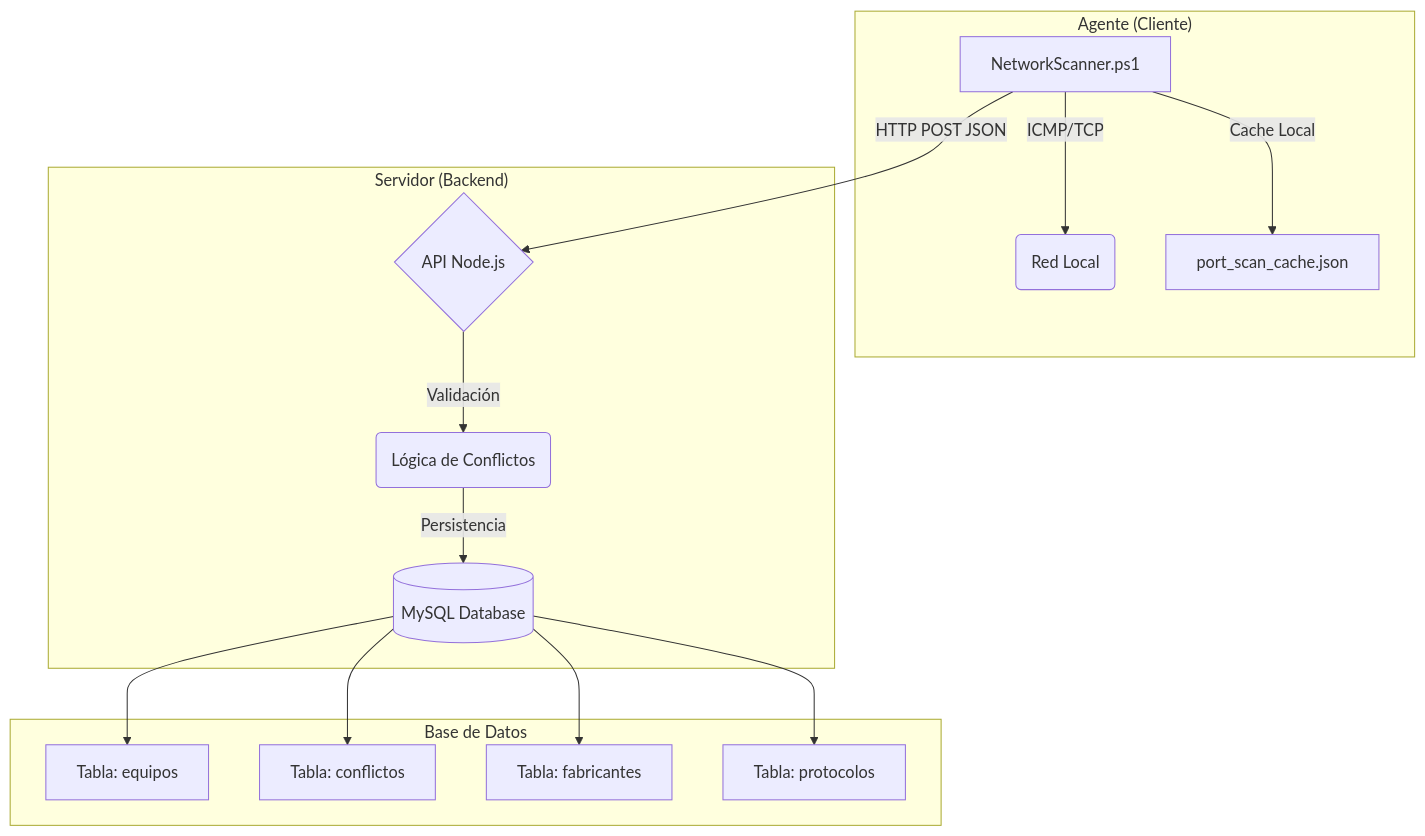
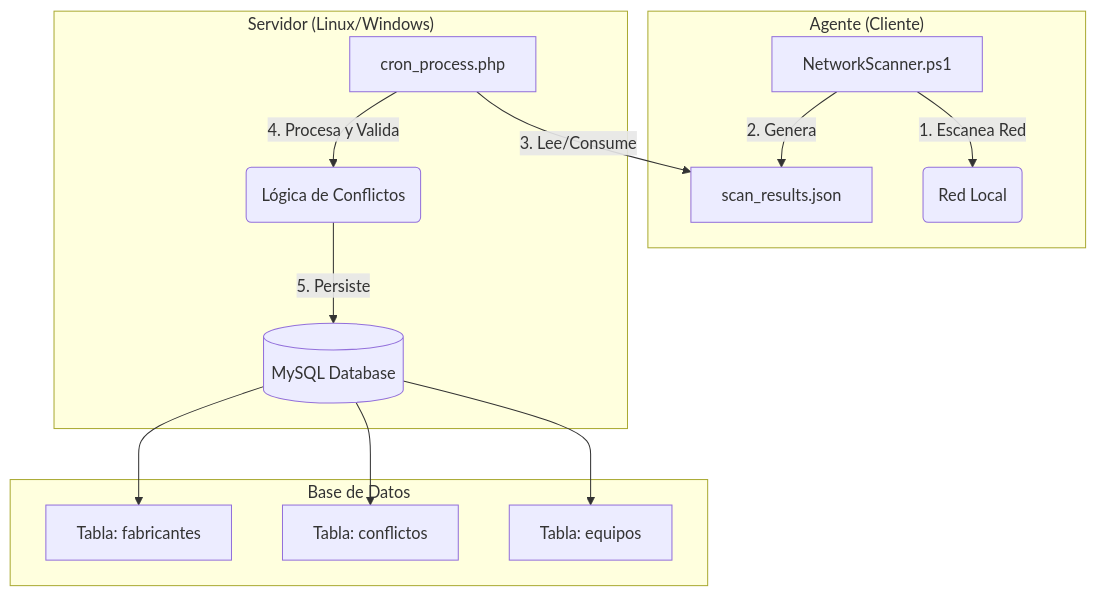
One commit to HectorPOsuna/escaner-red changed the diagram in README.md. Above: the diagram before and after it, drawn with Mermaid. The commit also changed other lines of this file and 3 other files, not shown here.

Commit message:
docs: Actualizar README para reflejar backend PHP y procesamiento por cron, reemplazando API Node.js y actualizando instrucciones.

````diff
--- a/README.md
+++ b/README.md
@@ -17,20 +19,19 @@
 ```mermaid
 graph TD
     subgraph "Agente (Cliente)"
-        A[NetworkScanner.ps1] -->|ICMP/TCP| B(Red Local)
-        A -->|Cache Local| C[port_scan_cache.json]
+        A[NetworkScanner.ps1] -->|1. Escanea Red| B(Red Local)
+        A -->|2. Genera| C[scan_results.json]
     end
 
-    subgraph "Servidor (Backend)"
-        A -->|HTTP POST JSON| D{API Node.js}
-        D -->|Validación| E(Lógica de Conflictos)
-        E -->|Persistencia| F[(MySQL Database)]
+    subgraph "Servidor (Linux/Windows)"
+        D[cron_process.php] -->|3. Lee/Consume| C
+        D -->|4. Procesa y Valida| E(Lógica de Conflictos)
+        E -->|5. Persiste| F[(MySQL Database)]
     end
 
     subgraph "Base de Datos"
         F --> G[Tabla: equipos]
         F --> H[Tabla: conflictos]
         F --> I[Tabla: fabricantes]
-        F --> J[Tabla: protocolos]
     end
 ```
````
